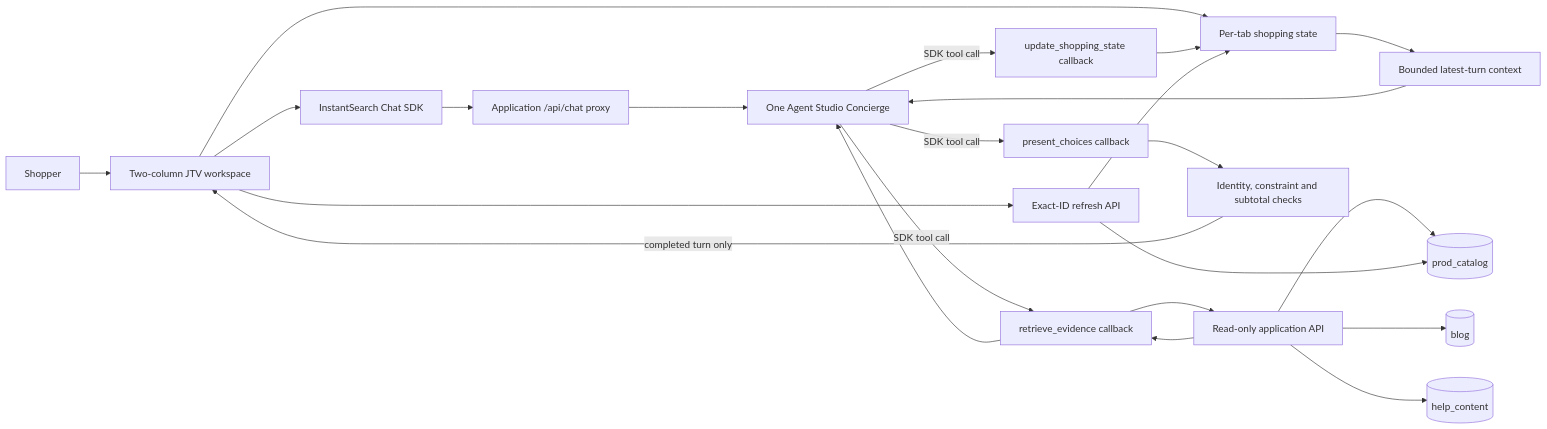
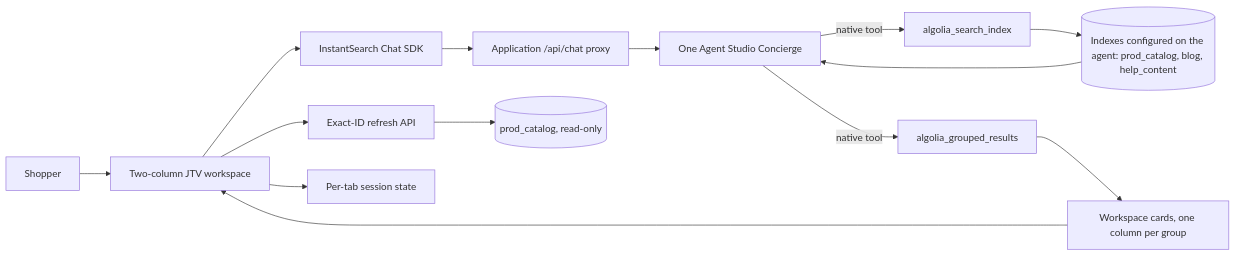
Before and after one commit to algolia/jewellerytv: the diagram in storefront/docs/architecture.mmd, drawn with Mermaid. The commit also changed 3 other files, not shown here.

First line of the commit message:
docs: native-first README and workflow diagram for agent-2

```diff
--- a/storefront/docs/architecture.mmd
+++ b/storefront/docs/architecture.mmd
@@ -1,23 +1,14 @@
 flowchart LR
   Shopper[Shopper] --> UI[Two-column JTV workspace]
   UI --> SDK[InstantSearch Chat SDK]
   SDK --> ChatAPI[Application /api/chat proxy]
   ChatAPI --> Agent[One Agent Studio Concierge]
-  UI --> State[Per-tab shopping state]
-  State --> Context[Bounded latest-turn context]
-  Context --> Agent
-  Agent -->|SDK tool call| Update[update_shopping_state callback]
-  Update --> State
-  Agent -->|SDK tool call| Retrieve[retrieve_evidence callback]
-  Retrieve --> API[Read-only application API]
-  API --> Product[(prod_catalog)]
-  API --> Blog[(blog)]
-  API --> Help[(help_content)]
-  API --> Retrieve
-  Retrieve --> Agent
-  Agent -->|SDK tool call| Present[present_choices callback]
-  Present --> Assess[Identity, constraint and subtotal checks]
-  Assess -->|completed turn only| UI
+  Agent -->|native tool| Search[algolia_search_index]
+  Search --> Indexes[(Indexes configured on the agent: prod_catalog, blog, help_content)]
+  Indexes --> Agent
+  Agent -->|native tool| Grouped[algolia_grouped_results]
+  Grouped --> Cards[Workspace cards, one column per group]
+  Cards --> UI
   UI --> Refresh[Exact-ID refresh API]
-  Refresh --> Product
-  Refresh --> State
+  Refresh --> Product[(prod_catalog, read-only)]
+  UI --> State[Per-tab session state]
```
